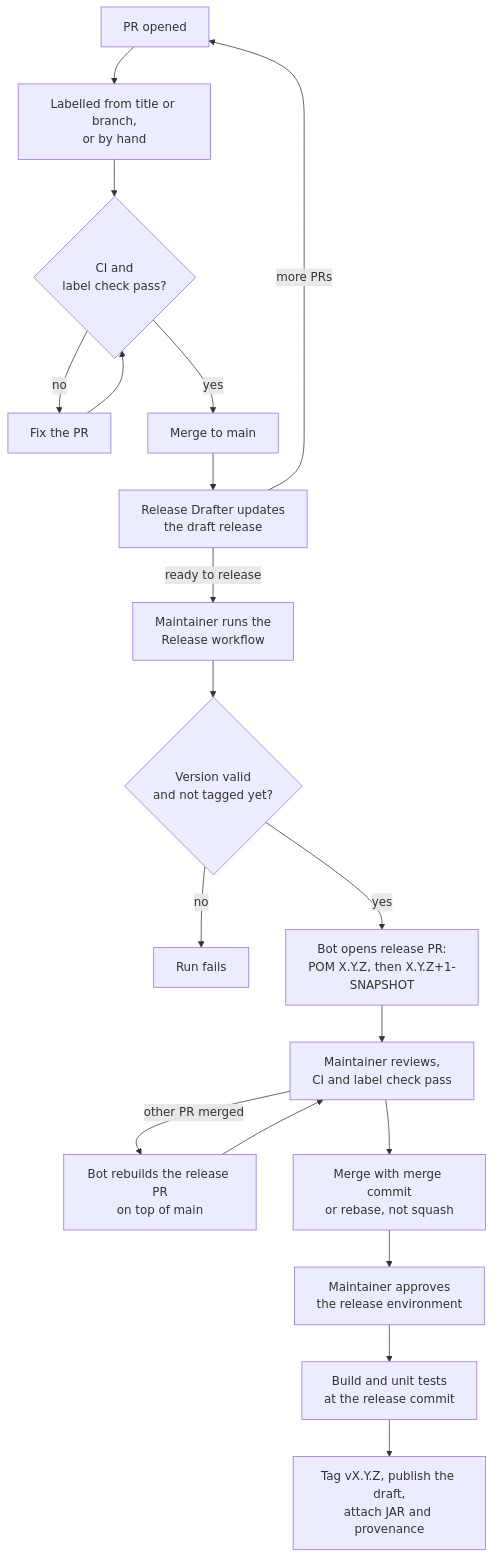
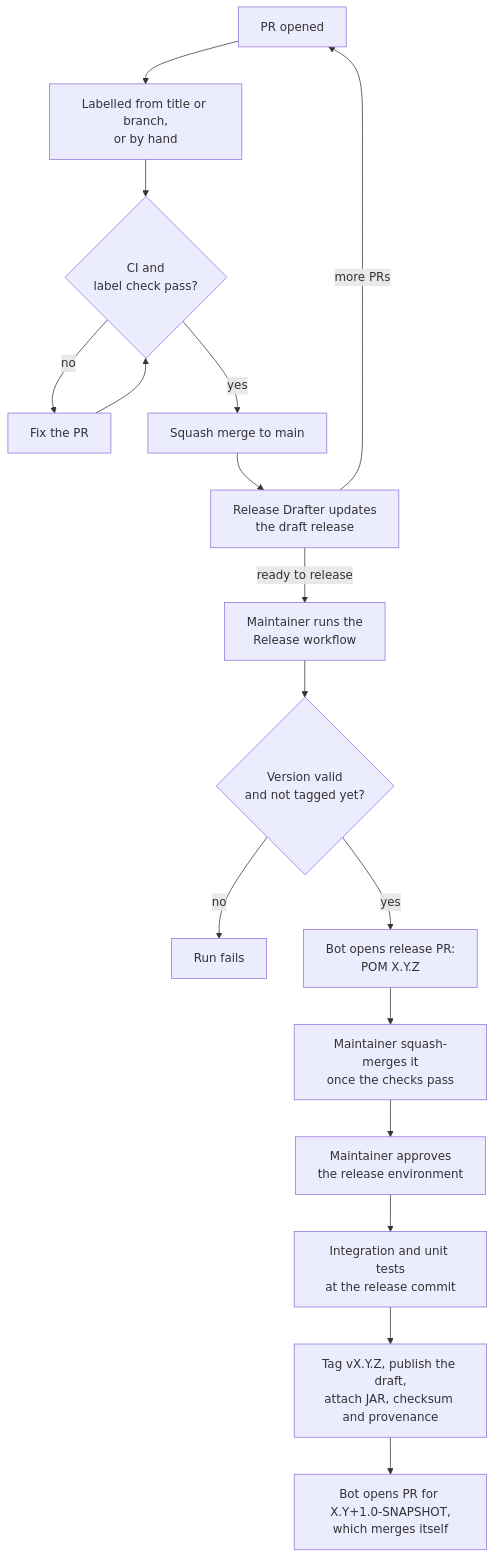
Before and after one commit to InsaneDwayne/keycloak-email-domain-policy: the diagram in docs/releasing.md, drawn with Mermaid. The commit also changed other lines of this file and 4 other files, not shown here.

````diff
--- a/docs/releasing.md
+++ b/docs/releasing.md
@@ -8,20 +9,18 @@
 ```mermaid
 flowchart TD
     pr[PR opened] --> label[Labelled from title or branch,<br/>or by hand]
     label --> checks{CI and<br/>label check pass?}
     checks -- no --> fix[Fix the PR] --> checks
-    checks -- yes --> merge[Merge to main]
+    checks -- yes --> merge[Squash merge to main]
     merge --> draft[Release Drafter updates<br/>the draft release]
     draft -- more PRs --> pr
     draft -- ready to release --> run[Maintainer runs the<br/>Release workflow]
     run --> check{Version valid<br/>and not tagged yet?}
     check -- no --> failed[Run fails]
-    check -- yes --> relpr[Bot opens release PR:<br/>POM X.Y.Z, then X.Y.Z+1-SNAPSHOT]
-    relpr --> review[Maintainer reviews,<br/>CI and label check pass]
-    review -- other PR merged --> rebuild[Bot rebuilds the release PR<br/>on top of main]
-    rebuild --> review
-    review --> relmerge[Merge with merge commit<br/>or rebase, not squash]
+    check -- yes --> relpr[Bot opens release PR:<br/>POM X.Y.Z]
+    relpr --> relmerge[Maintainer squash-merges it<br/>once the checks pass]
     relmerge --> approve[Maintainer approves<br/>the release environment]
-    approve --> build[Build and unit tests<br/>at the release commit]
-    build --> publish[Tag vX.Y.Z, publish the draft,<br/>attach JAR and provenance]
+    approve --> build[Integration and unit tests<br/>at the release commit]
+    build --> publish[Tag vX.Y.Z, publish the draft,<br/>attach JAR, checksum and provenance]
+    publish --> next[Bot opens PR for X.Y+1.0-SNAPSHOT,<br/>which merges itself]
 ```
````
